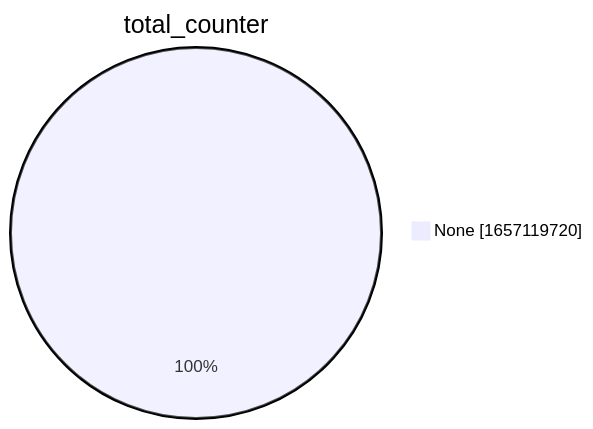
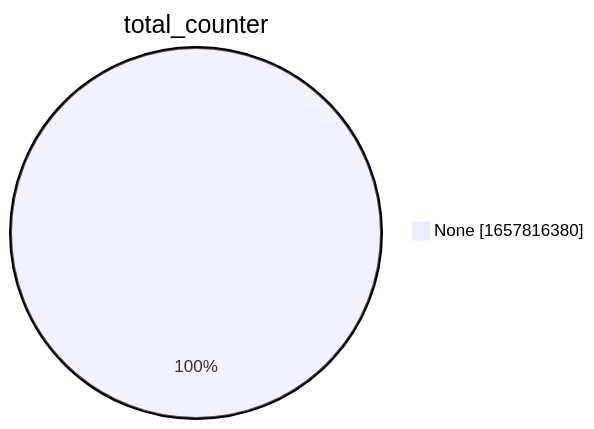
Before and after one commit to christiankrug/ctmonitor_visualization: the second of 15 diagrams in xenon2022/README.md, drawn with Mermaid. The commit also changed other lines of this file, not shown here.

````diff
--- a/xenon2022/README.md
+++ b/xenon2022/README.md
@@ -9,5 +9,5 @@
 ```mermaid
 pie showData
 title total_counter
-"None" :1657119720
+"None" :1657816380
 ```
````
